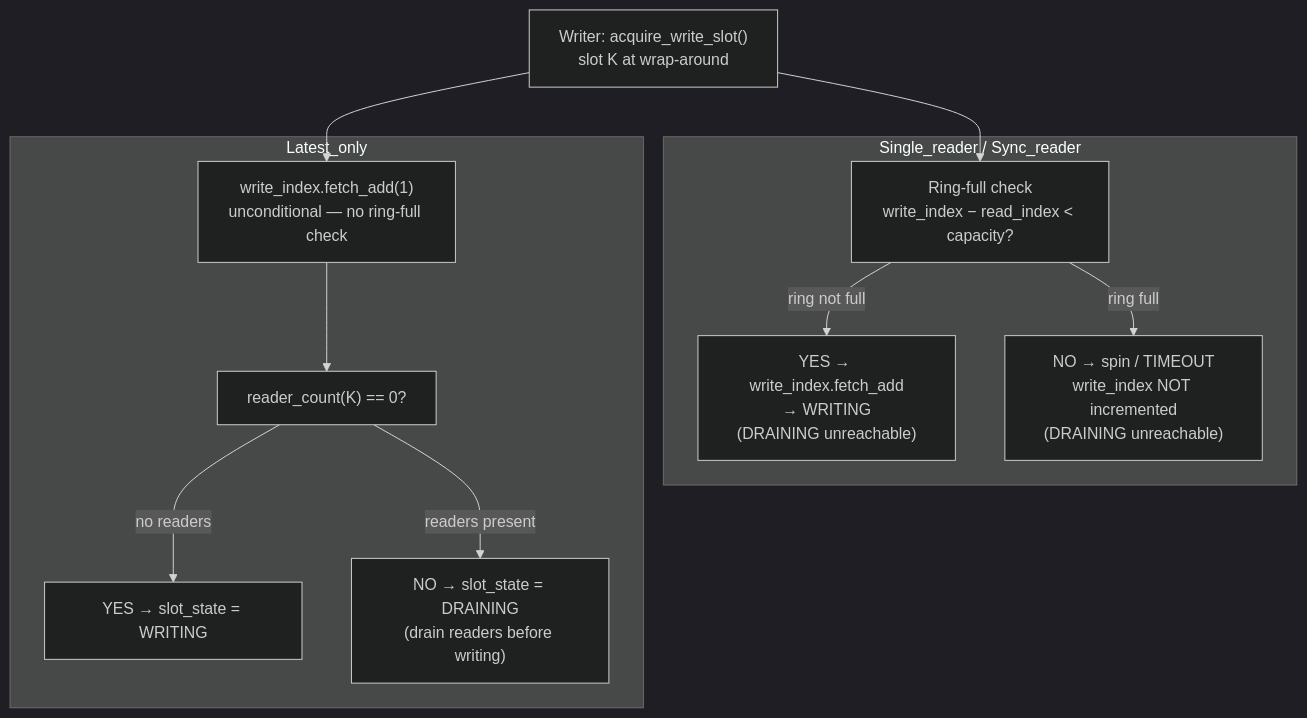
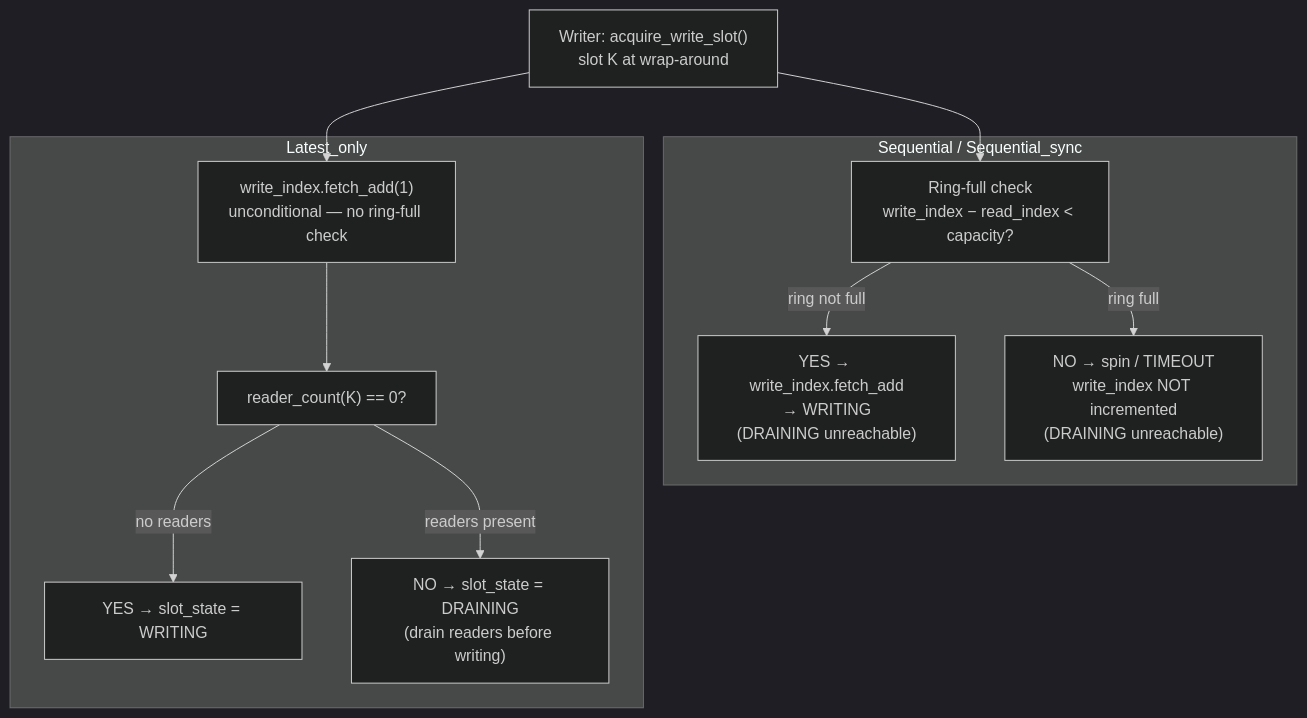
Before and after one commit to Qing-LAB/pylabhub: the eighth of 8 diagrams in cpp/docs/HEP/HEP-CORE-0007-DataHub-Protocol-and-Policy.md, drawn with Mermaid. The commit also changed other lines of this file and 152 other files, not shown here.

````diff
--- a/cpp/docs/HEP/HEP-CORE-0007-DataHub-Protocol-and-Policy.md
+++ b/cpp/docs/HEP/HEP-CORE-0007-DataHub-Protocol-and-Policy.md
@@ -595,26 +595,26 @@
 ```mermaid
 %%{init: {'theme': 'dark'}}%%
 flowchart TD
     W["Writer: acquire_write_slot()\nslot K at wrap-around"]
 
-    subgraph QueuePolicies["Single_reader / Sync_reader"]
+    subgraph QueuePolicies["Sequential / Sequential_sync"]
         RC["Ring-full check\nwrite_index − read_index < capacity?"]
         OK["YES → write_index.fetch_add\n→ WRITING\n(DRAINING unreachable)"]
         SPIN["NO → spin / TIMEOUT\nwrite_index NOT incremented\n(DRAINING unreachable)"]
         RC -->|ring not full| OK
         RC -->|ring full| SPIN
     end
 
     subgraph Latest["Latest_only"]
         UNCO["write_index.fetch_add(1)\nunconditional — no ring-full check"]
         CHK["reader_count(K) == 0?"]
         WR["YES → slot_state = WRITING"]
         DR["NO → slot_state = DRAINING\n(drain readers before writing)"]
         UNCO --> CHK
         CHK -->|no readers| WR
         CHK -->|readers present| DR
     end
 
     W --> RC
     W --> UNCO
 ```
````
